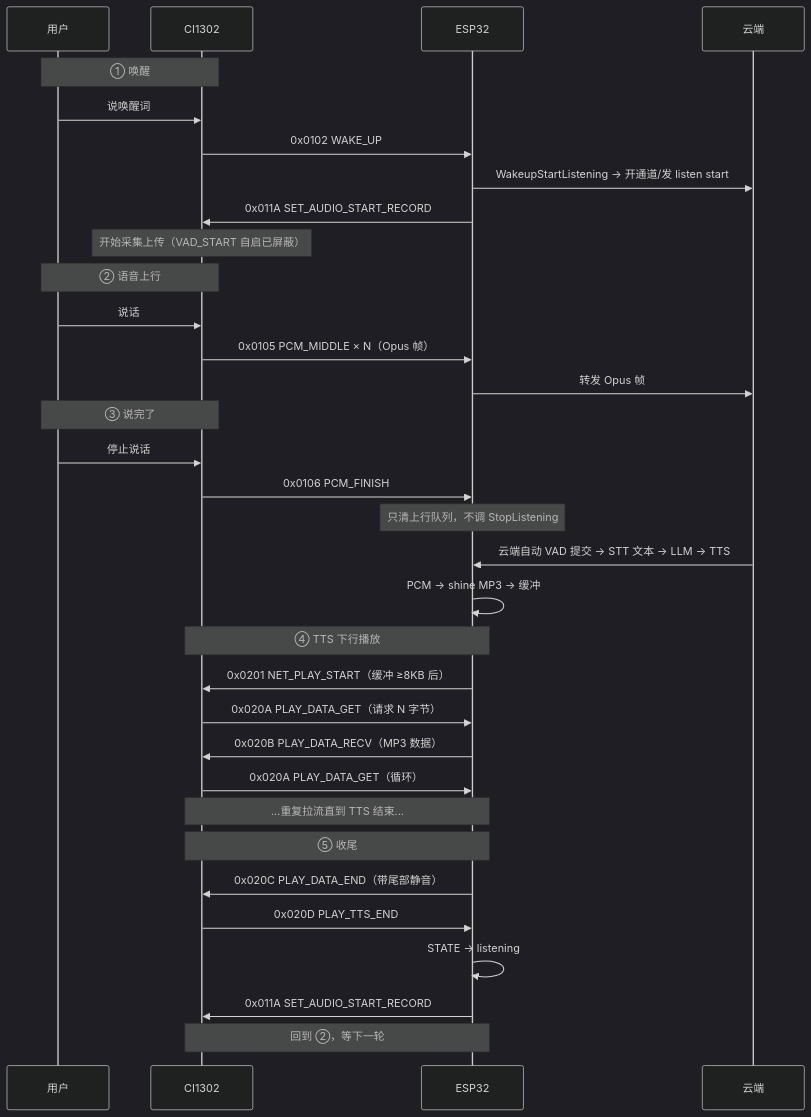
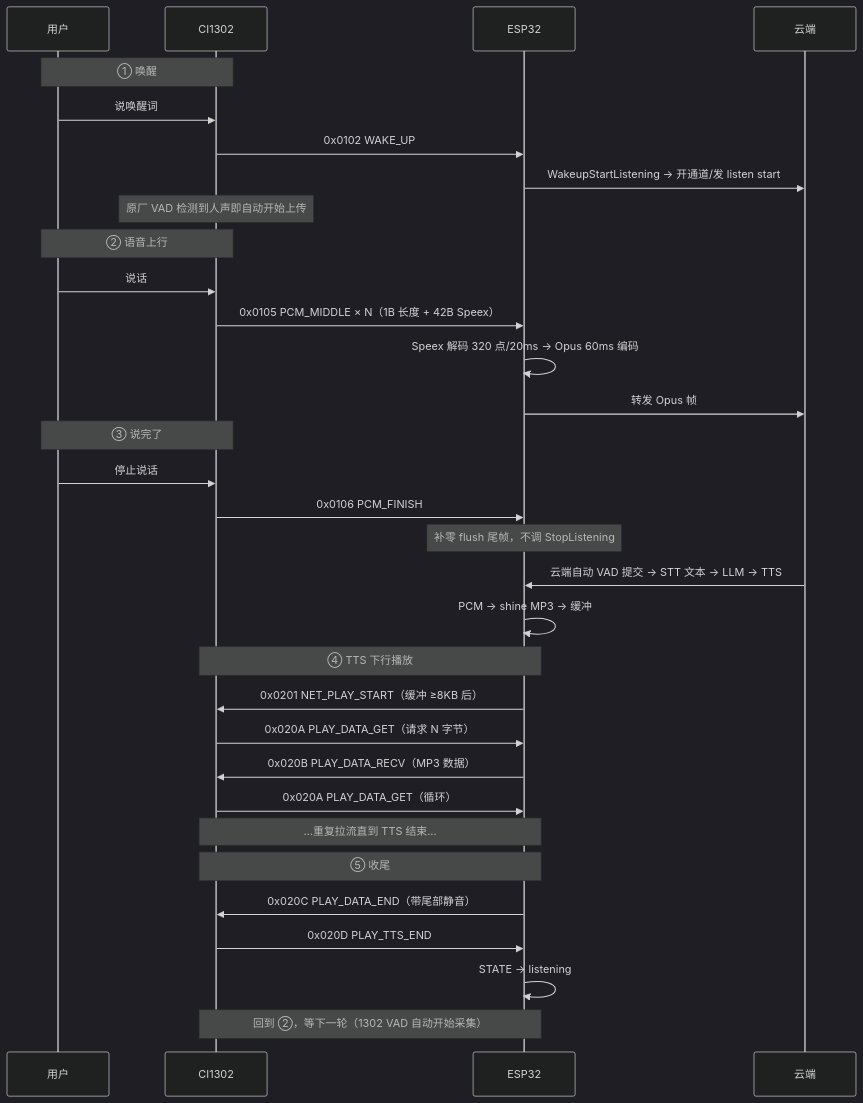
One commit to xlc12/ESP32-XIAOZHI-YCSC changed the first of 4 diagrams in docs/ci1302_protocol_flow.md. Above: the diagram before and after it, drawn with Mermaid (dark theme). The commit also changed other lines of this file and 96 other files, not shown here.

First line of the commit message:
feat: CI1302 上行 Speex 解码 + Opus 编码（替换旧实现）

````diff
--- a/docs/ci1302_protocol_flow.md
+++ b/docs/ci1302_protocol_flow.md
@@ -12,40 +13,39 @@
 ```mermaid
 sequenceDiagram
     participant U as 用户
     participant C as CI1302
     participant E as ESP32
     participant S as 云端
 
     Note over U,C: ① 唤醒
     U->>C: 说唤醒词
     C->>E: 0x0102 WAKE_UP
     E->>S: WakeupStartListening → 开通道/发 listen start
-    E->>C: 0x011A SET_AUDIO_START_RECORD
-    Note over C: 开始采集上传（VAD_START 自启已屏蔽）
+    Note over C: 原厂 VAD 检测到人声即自动开始上传
 
     Note over U,C: ② 语音上行
     U->>C: 说话
-    C->>E: 0x0105 PCM_MIDDLE × N（Opus 帧）
+    C->>E: 0x0105 PCM_MIDDLE × N（1B 长度 + 42B Speex）
+    E->>E: Speex 解码 320 点/20ms → Opus 60ms 编码
     E->>S: 转发 Opus 帧
 
     Note over U,C: ③ 说完了
     U->>C: 停止说话
     C->>E: 0x0106 PCM_FINISH
-    Note over E: 只清上行队列，不调 StopListening
+    Note over E: 补零 flush 尾帧，不调 StopListening
     S->>E: 云端自动 VAD 提交 → STT 文本 → LLM → TTS
     E->>E: PCM → shine MP3 → 缓冲
 
     Note over E,C: ④ TTS 下行播放
     E->>C: 0x0201 NET_PLAY_START（缓冲 ≥8KB 后）
     C->>E: 0x020A PLAY_DATA_GET（请求 N 字节）
     E->>C: 0x020B PLAY_DATA_RECV（MP3 数据）
     C->>E: 0x020A PLAY_DATA_GET（循环）
     Note over E,C: ...重复拉流直到 TTS 结束...
 
     Note over E,C: ⑤ 收尾
     E->>C: 0x020C PLAY_DATA_END（带尾部静音）
     C->>E: 0x020D PLAY_TTS_END
     E->>E: STATE → listening
-    E->>C: 0x011A SET_AUDIO_START_RECORD
-    Note over E,C: 回到 ②，等下一轮
+    Note over E,C: 回到 ②，等下一轮（1302 VAD 自动开始采集）
 ```
````
